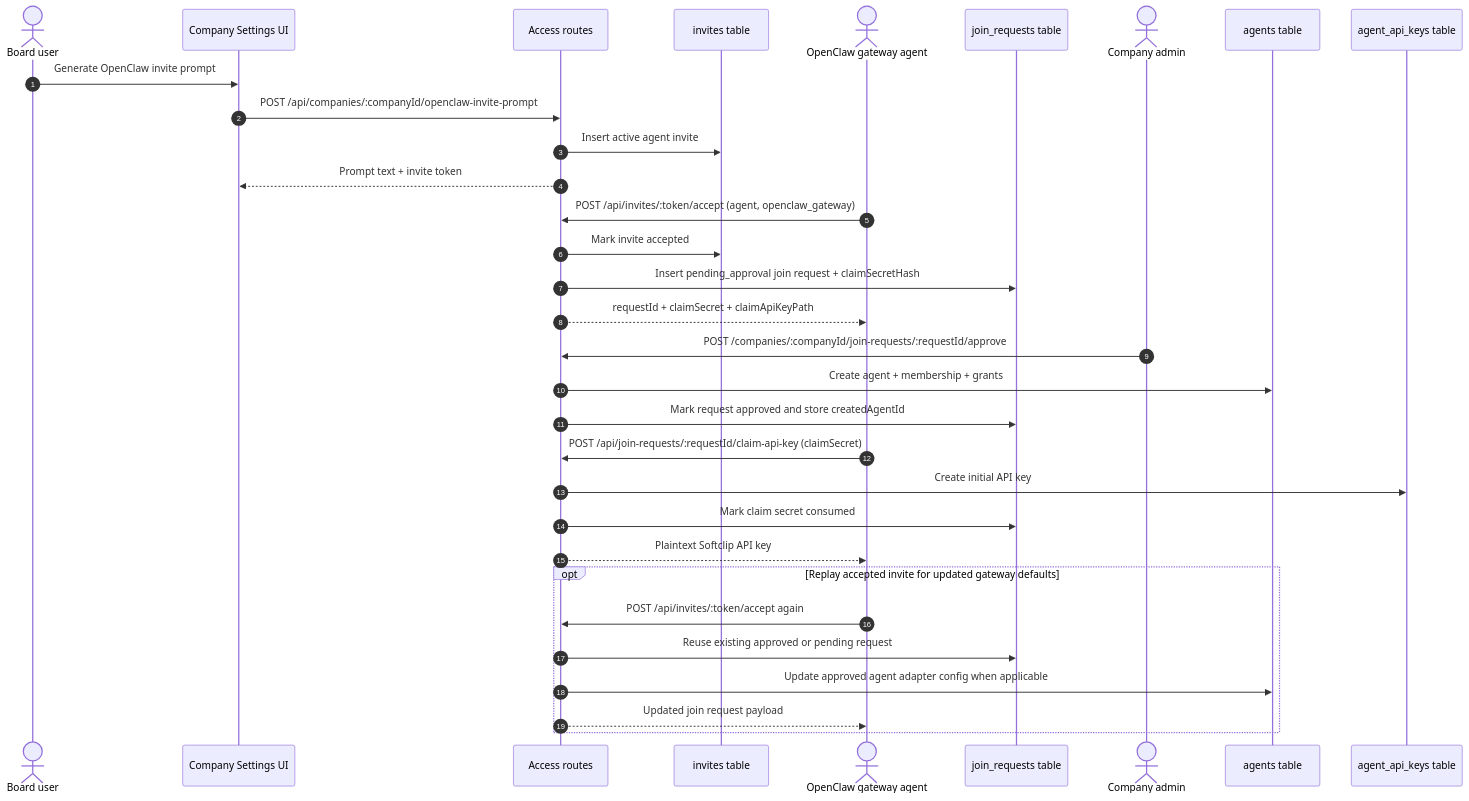
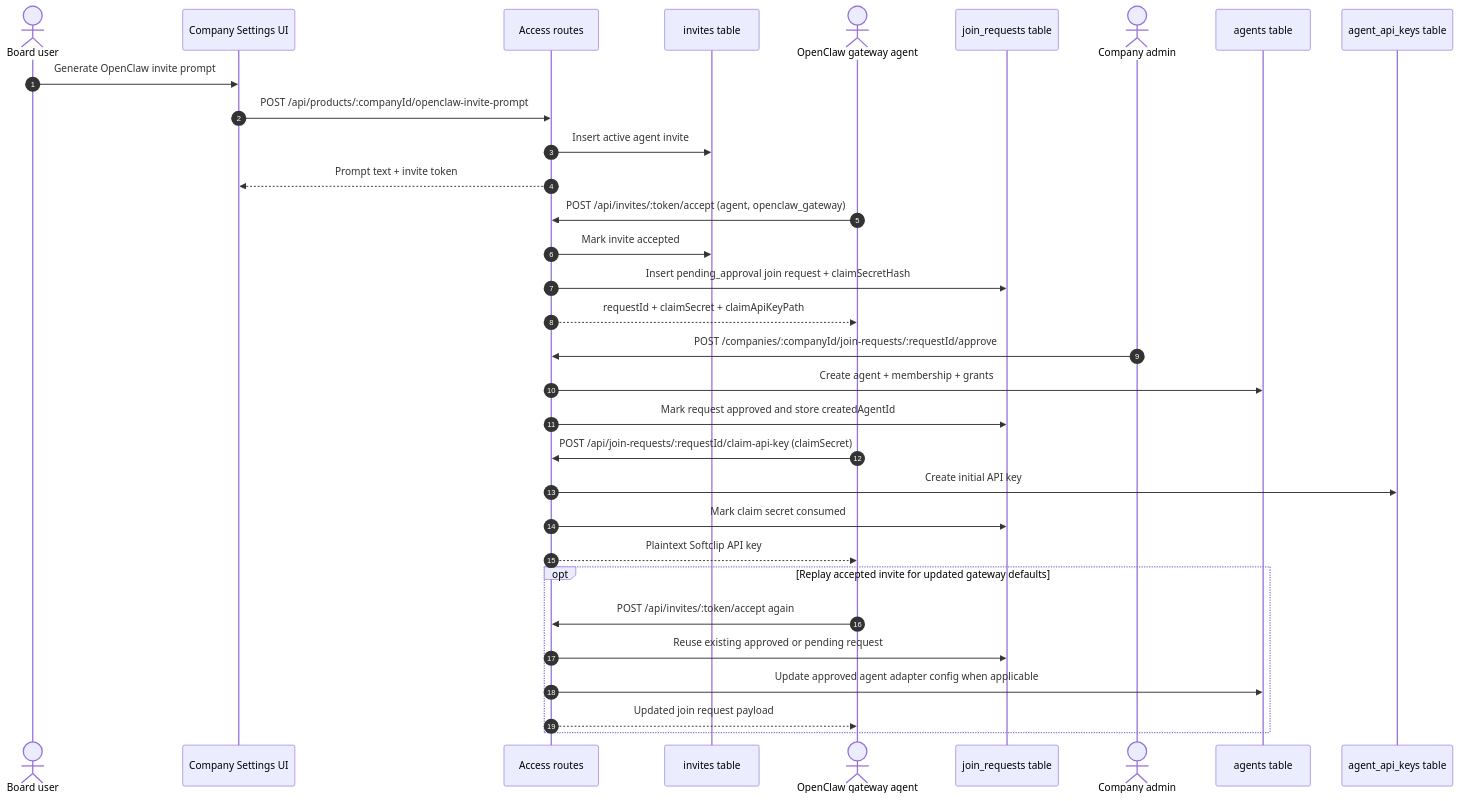
One commit to jgill248/software-clip changed the sixth of 6 diagrams in doc/spec/invite-flow.md. Above: the diagram before and after it, drawn with Mermaid. The commit also changed other lines of this file and 155 other files, not shown here.

````diff
--- a/doc/spec/invite-flow.md
+++ b/doc/spec/invite-flow.md
@@ -246,39 +246,39 @@
 ```mermaid
 sequenceDiagram
   autonumber
   actor Board as Board user
   participant Settings as Company Settings UI
   participant API as Access routes
   participant Invites as invites table
   actor Gateway as OpenClaw gateway agent
   participant Join as join_requests table
   actor Approver as Company admin
   participant Agents as agents table
   participant Keys as agent_api_keys table
 
   Board->>Settings: Generate OpenClaw invite prompt
-  Settings->>API: POST /api/companies/:companyId/openclaw-invite-prompt
+  Settings->>API: POST /api/products/:companyId/openclaw-invite-prompt
   API->>Invites: Insert active agent invite
   API-->>Settings: Prompt text + invite token
 
   Gateway->>API: POST /api/invites/:token/accept (agent, openclaw_gateway)
   API->>Invites: Mark invite accepted
   API->>Join: Insert pending_approval join request + claimSecretHash
   API-->>Gateway: requestId + claimSecret + claimApiKeyPath
 
   Approver->>API: POST /companies/:companyId/join-requests/:requestId/approve
   API->>Agents: Create agent + membership + grants
   API->>Join: Mark request approved and store createdAgentId
 
   Gateway->>API: POST /api/join-requests/:requestId/claim-api-key (claimSecret)
   API->>Keys: Create initial API key
   API->>Join: Mark claim secret consumed
   API-->>Gateway: Plaintext Softclip API key
 
   opt Replay accepted invite for updated gateway defaults
     Gateway->>API: POST /api/invites/:token/accept again
     API->>Join: Reuse existing approved or pending request
     API->>Agents: Update approved agent adapter config when applicable
     API-->>Gateway: Updated join request payload
   end
 ```
````
